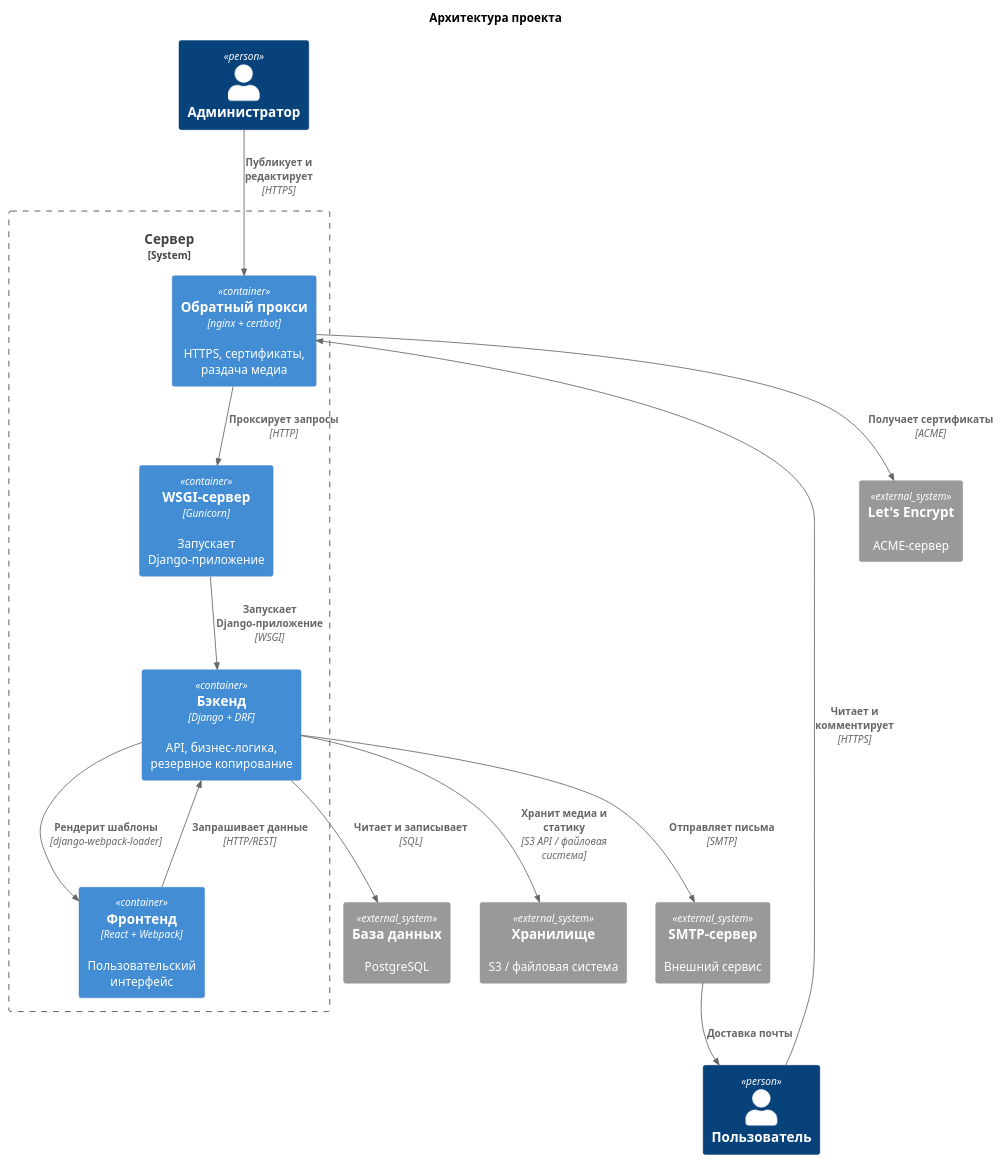
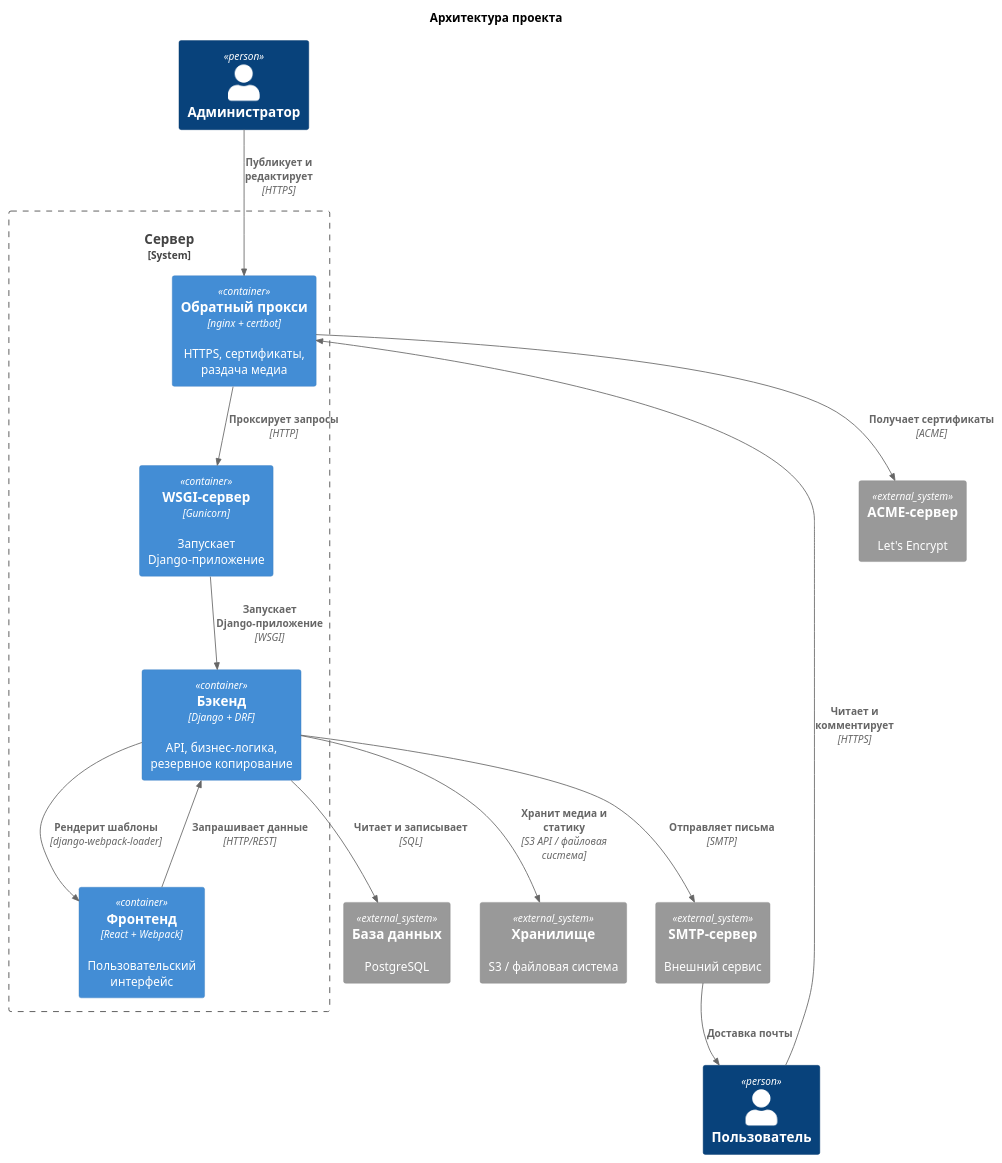
Before and after one commit to mikhpo/personal-website: the diagram in docs/diagrams/src/container.puml, drawn with PlantUML. The commit also changed 3 other files, not shown here.

```diff
--- a/docs/diagrams/src/container.puml
+++ b/docs/diagrams/src/container.puml
@@ -1,34 +1,34 @@
 @startuml container
 
 !include <C4/C4_Container>
 
 title Архитектура проекта
 
 Person(user, "Пользователь")
 Person(admin, "Администратор")
 
 System_Boundary(server, "Сервер") {
     Container(proxy, "Обратный прокси", "nginx + certbot", "HTTPS, сертификаты, раздача медиа")
     Container(gunicorn, "WSGI-сервер", "Gunicorn", "Запускает Django-приложение")
     Container(backend, "Бэкенд", "Django + DRF", "API, бизнес-логика, резервное копирование")
     Container(frontend, "Фронтенд", "React + Webpack", "Пользовательский интерфейс")
 }
 
 System_Ext(db, "База данных", "PostgreSQL")
 System_Ext(s3, "Хранилище", "S3 / файловая система")
 System_Ext(smtp, "SMTP-сервер", "Внешний сервис")
-System_Ext(le, "Let's Encrypt", "ACME-сервер")
+System_Ext(le, "ACME-сервер", "Let's Encrypt")
 
 Rel(user, proxy, "Читает и комментирует", "HTTPS")
 Rel(admin, proxy, "Публикует и редактирует", "HTTPS")
 Rel(proxy, gunicorn, "Проксирует запросы", "HTTP")
 Rel(gunicorn, backend, "Запускает Django-приложение", "WSGI")
 Rel(backend, frontend, "Рендерит шаблоны", "django-webpack-loader")
 Rel(frontend, backend, "Запрашивает данные", "HTTP/REST")
 Rel(backend, db, "Читает и записывает", "SQL")
 Rel(backend, s3, "Хранит медиа и статику", "S3 API / файловая система")
 Rel(backend, smtp, "Отправляет письма", "SMTP")
 Rel(smtp, user, "Доставка почты")
 Rel(proxy, le, "Получает сертификаты", "ACME")
 
 @enduml
```
